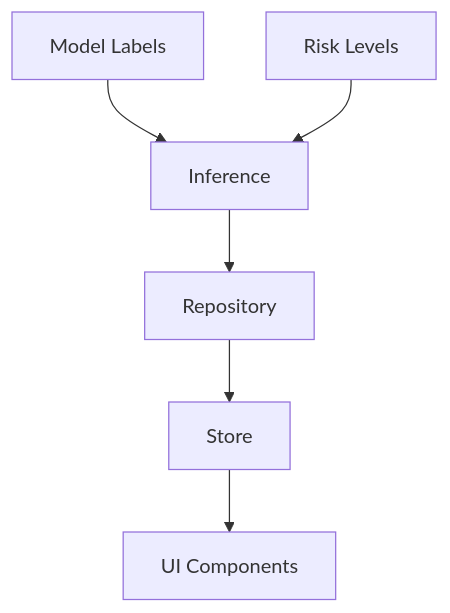
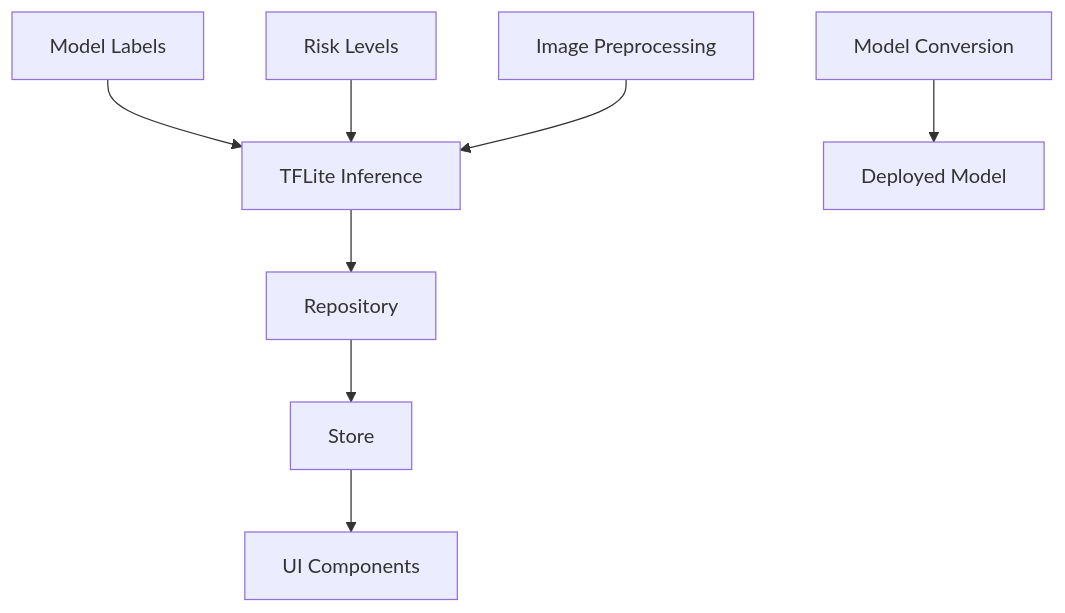
Before and after one commit to AdeelTahir-SE/DermSight: diagram 11 of 11 in .qoder/repowiki/en/content/Assessment Engine/ML Inference Pipeline.md, drawn with Mermaid. The commit also changed other lines of this file and 29 other files, not shown here.

````diff
--- a/.qoder/repowiki/en/content/Assessment Engine/ML Inference Pipeline.md
+++ b/.qoder/repowiki/en/content/Assessment Engine/ML Inference Pipeline.md
@@ -298,8 +384,10 @@
 ```mermaid
 graph TB
-Labels["Model Labels"] --> Inference["Inference"]
+Labels["Model Labels"] --> Inference["TFLite Inference"]
 Risk["Risk Levels"] --> Inference
+Preprocess["Image Preprocessing"] --> Inference
 Inference --> Repo["Repository"]
 Repo --> Store["Store"]
 Store --> UI["UI Components"]
+Convert["Model Conversion"] --> Deploy["Deployed Model"]
 ```
````
